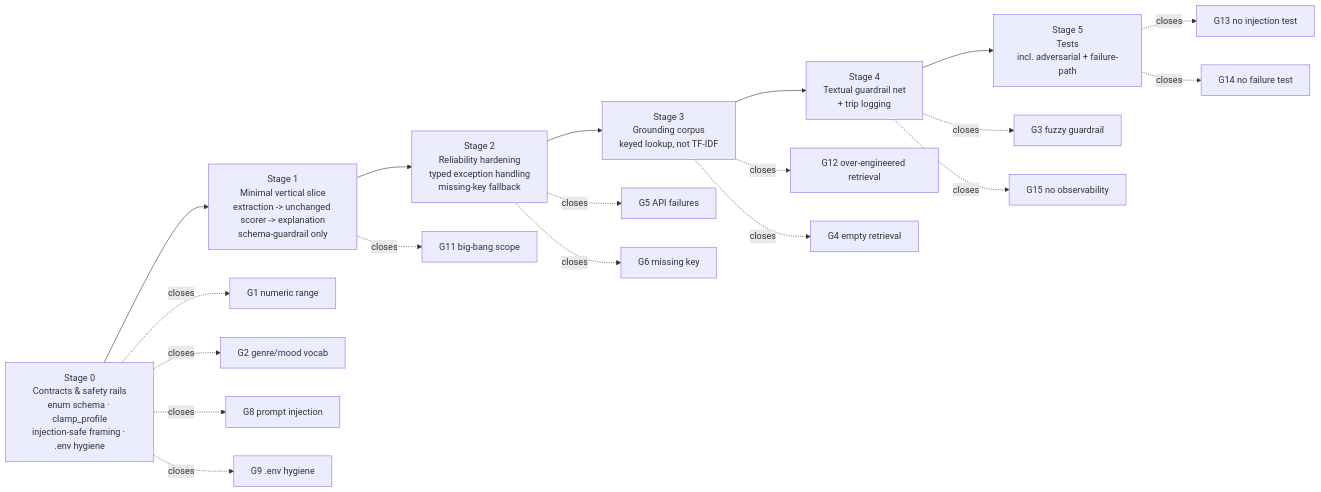
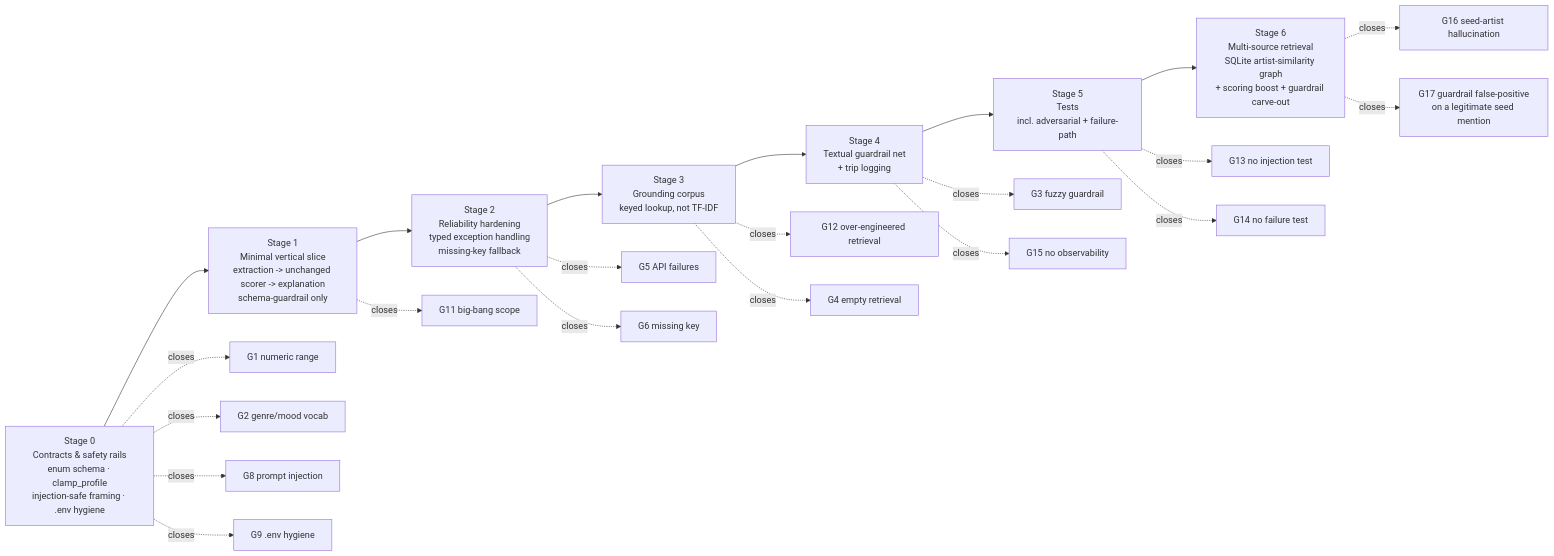
One commit to Abg2091/applied-ai-system-project changed the diagram in diagrams/architecture-build-order.mmd. Above: the diagram before and after it, drawn with Mermaid. The commit also changed 15 other files, not shown here.

```diff
--- a/diagrams/architecture-build-order.mmd
+++ b/diagrams/architecture-build-order.mmd
@@ -1,24 +1,27 @@
 %% Build order (staged delivery, each stage independently testable)
 flowchart LR
     St0["Stage 0\nContracts & safety rails\nenum schema · clamp_profile\ninjection-safe framing · .env hygiene"]
     St1["Stage 1\nMinimal vertical slice\nextraction -> unchanged scorer -> explanation\nschema-guardrail only"]
     St2["Stage 2\nReliability hardening\ntyped exception handling\nmissing-key fallback"]
     St3["Stage 3\nGrounding corpus\nkeyed lookup, not TF-IDF"]
     St4["Stage 4\nTextual guardrail net\n+ trip logging"]
     St5["Stage 5\nTests\nincl. adversarial + failure-path"]
+    St6["Stage 6\nMulti-source retrieval\nSQLite artist-similarity graph\n+ scoring boost + guardrail carve-out"]
 
-    St0 --> St1 --> St2 --> St3 --> St4 --> St5
+    St0 --> St1 --> St2 --> St3 --> St4 --> St5 --> St6
 
     St0 -. closes .-> G1["G1 numeric range"]
     St0 -. closes .-> G2["G2 genre/mood vocab"]
     St0 -. closes .-> G8["G8 prompt injection"]
     St0 -. closes .-> G9["G9 .env hygiene"]
     St1 -. closes .-> G11["G11 big-bang scope"]
     St2 -. closes .-> G5["G5 API failures"]
     St2 -. closes .-> G6["G6 missing key"]
     St3 -. closes .-> G12["G12 over-engineered retrieval"]
     St3 -. closes .-> G4["G4 empty retrieval"]
     St4 -. closes .-> G3["G3 fuzzy guardrail"]
     St4 -. closes .-> G15["G15 no observability"]
     St5 -. closes .-> G13["G13 no injection test"]
     St5 -. closes .-> G14["G14 no failure test"]
+    St6 -. closes .-> G16["G16 seed-artist hallucination"]
+    St6 -. closes .-> G17["G17 guardrail false-positive\non a legitimate seed mention"]
```
